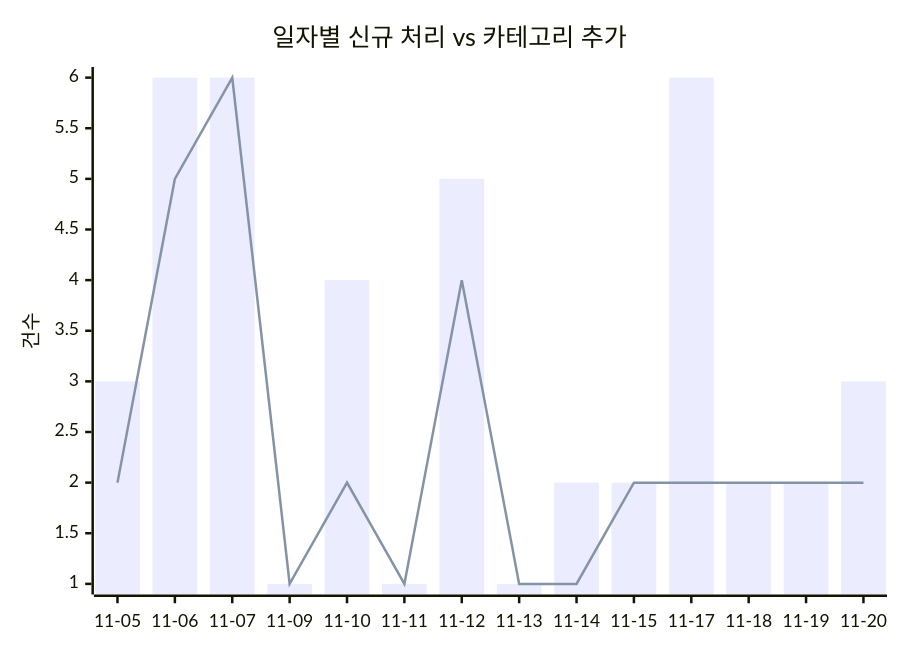
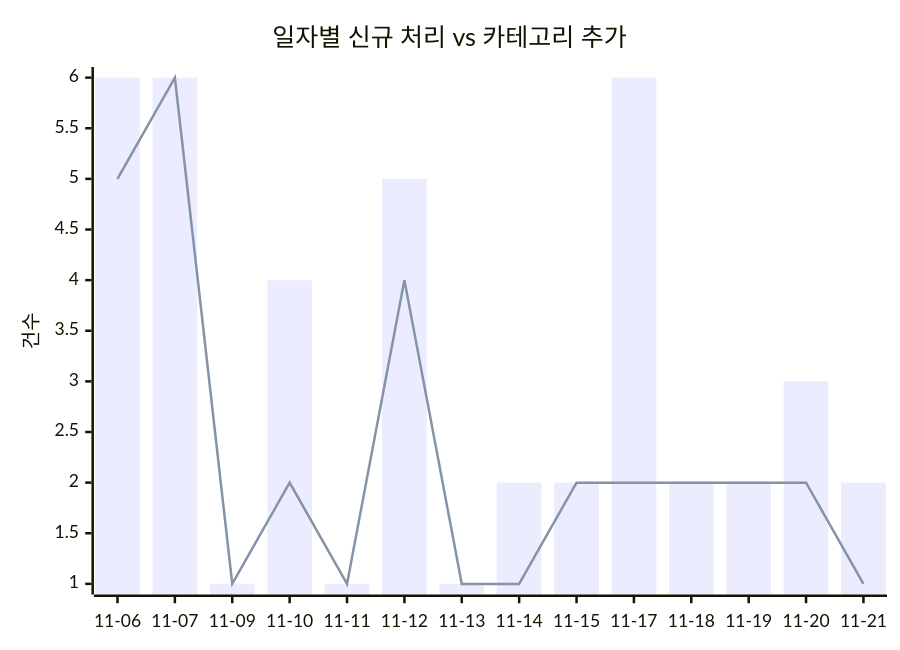
The first of 2 diagrams in docs/trends.md (J-nowcow/awesome-korean-agent-skills), drawn with Mermaid before and after one commit. The commit also changed other lines of this file and 27 other files, not shown here.

````diff
--- a/docs/trends.md
+++ b/docs/trends.md
@@ -32,8 +32,8 @@
 ```mermaid
 xychart-beta
     title "일자별 신규 처리 vs 카테고리 추가"
-    x-axis ["11-05","11-06","11-07","11-09","11-10","11-11","11-12","11-13","11-14","11-15","11-17","11-18","11-19","11-20"]
+    x-axis ["11-06","11-07","11-09","11-10","11-11","11-12","11-13","11-14","11-15","11-17","11-18","11-19","11-20","11-21"]
     y-axis "건수"
-    bar [3,6,6,1,4,1,5,1,2,2,6,2,2,3]
-    line [2,5,6,1,2,1,4,1,1,2,2,2,2,2]
+    bar [6,6,1,4,1,5,1,2,2,6,2,2,3,2]
+    line [5,6,1,2,1,4,1,1,2,2,2,2,2,1]
 ```
````
